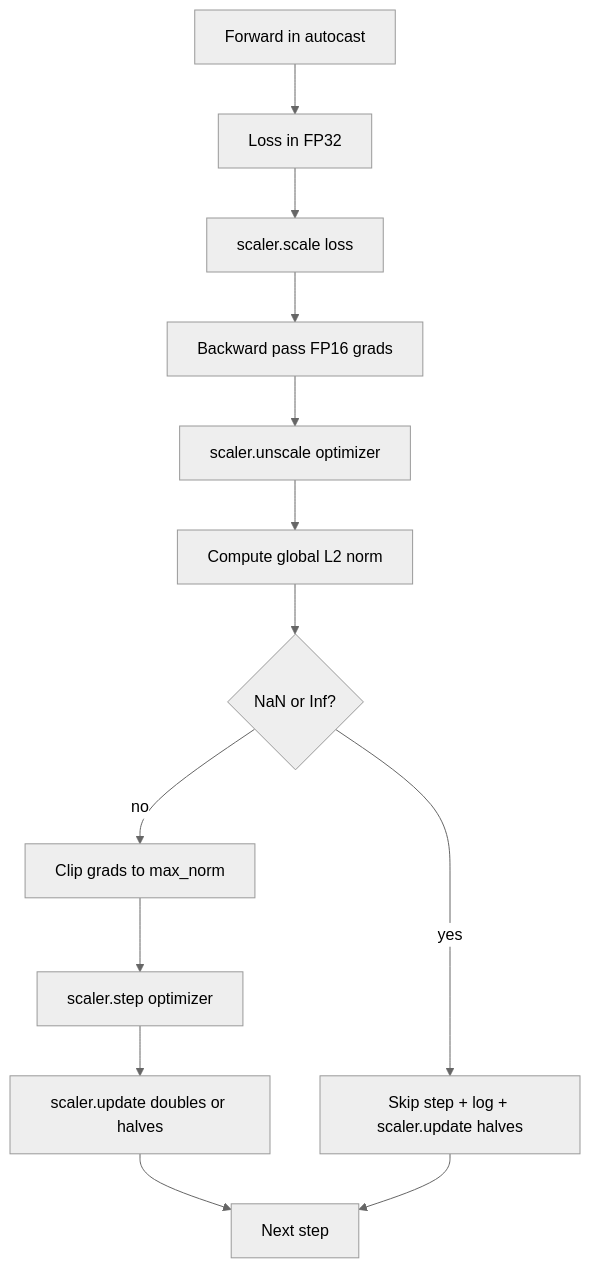
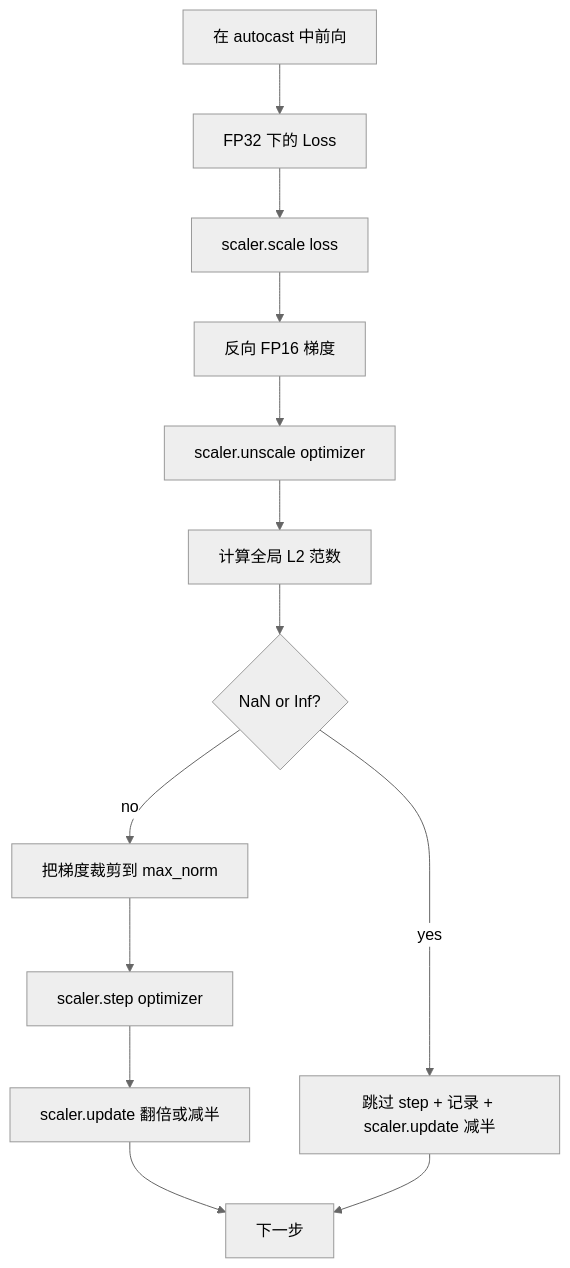
One commit to JerryC8080/ai-engineering-from-scratch-zh changed the diagram in phases/19-capstone-projects/45-gradient-clipping-amp/docs/zh.md. Above: the diagram before and after it, drawn with Mermaid (neutral theme). The commit also changed 156 other files, not shown here.

First line of the commit message:
i18n(zh): translate mermaid diagram labels in 157 lesson zh.md

````diff
--- a/phases/19-capstone-projects/45-gradient-clipping-amp/docs/zh.md
+++ b/phases/19-capstone-projects/45-gradient-clipping-amp/docs/zh.md
@@ -29,15 +29,15 @@
 ```mermaid
 flowchart TD
-  Forward[Forward in autocast] --> Loss[Loss in FP32]
+  Forward[在 autocast 中前向] --> Loss[FP32 下的 Loss]
   Loss --> Scale[scaler.scale loss]
-  Scale --> Backward[Backward pass FP16 grads]
+  Scale --> Backward[反向 FP16 梯度]
   Backward --> Unscale[scaler.unscale optimizer]
-  Unscale --> NormCheck[Compute global L2 norm]
+  Unscale --> NormCheck[计算全局 L2 范数]
   NormCheck --> Detect{NaN or Inf?}
-  Detect -- yes --> Skip[Skip step + log + scaler.update halves]
-  Detect -- no --> Clip[Clip grads to max_norm]
+  Detect -- yes --> Skip[跳过 step + 记录 + scaler.update 减半]
+  Detect -- no --> Clip[把梯度裁剪到 max_norm]
   Clip --> StepOpt[scaler.step optimizer]
-  StepOpt --> Update[scaler.update doubles or halves]
-  Update --> NextStep[Next step]
+  StepOpt --> Update[scaler.update 翻倍或减半]
+  Update --> NextStep[下一步]
   Skip --> NextStep
 ```
````
